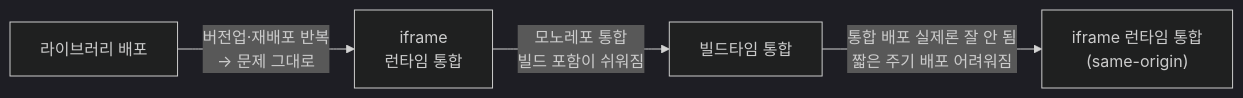
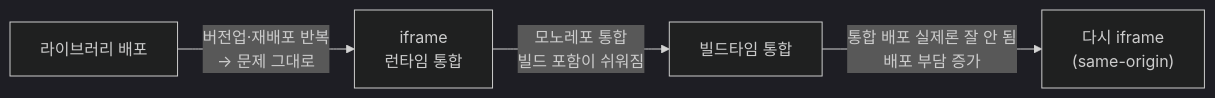
The second of 4 diagrams in portfolio.md (crowwan/resume), drawn with Mermaid (dark theme) before and after one commit. The commit also changed other lines of this file and 7 other files, not shown here.

````diff
--- a/portfolio.md
+++ b/portfolio.md
@@ -73,6 +74,6 @@
 ```mermaid
 flowchart LR
   A["라이브러리 배포"] -->|"버전업·재배포 반복<br/>→ 문제 그대로"| B["iframe<br/>런타임 통합"]
   B -->|"모노레포 통합<br/>빌드 포함이 쉬워짐"| C["빌드타임 통합"]
-  C -->|"통합 배포 실제론 잘 안 됨<br/>짧은 주기 배포 어려워짐"| D["iframe 런타임 통합<br/>(same-origin)"]
+  C -->|"통합 배포 실제론 잘 안 됨<br/>배포 부담 증가"| D["다시 iframe<br/>(same-origin)"]
 ```
````
